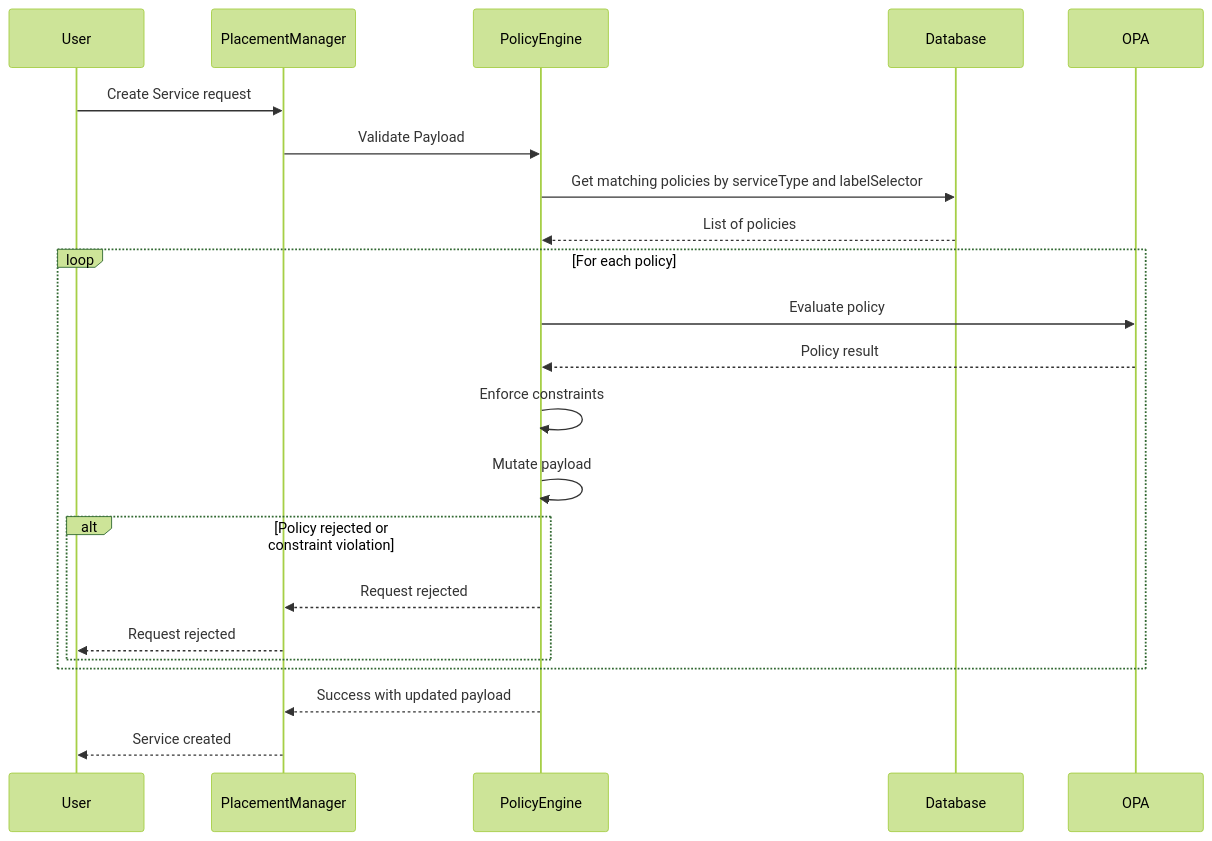
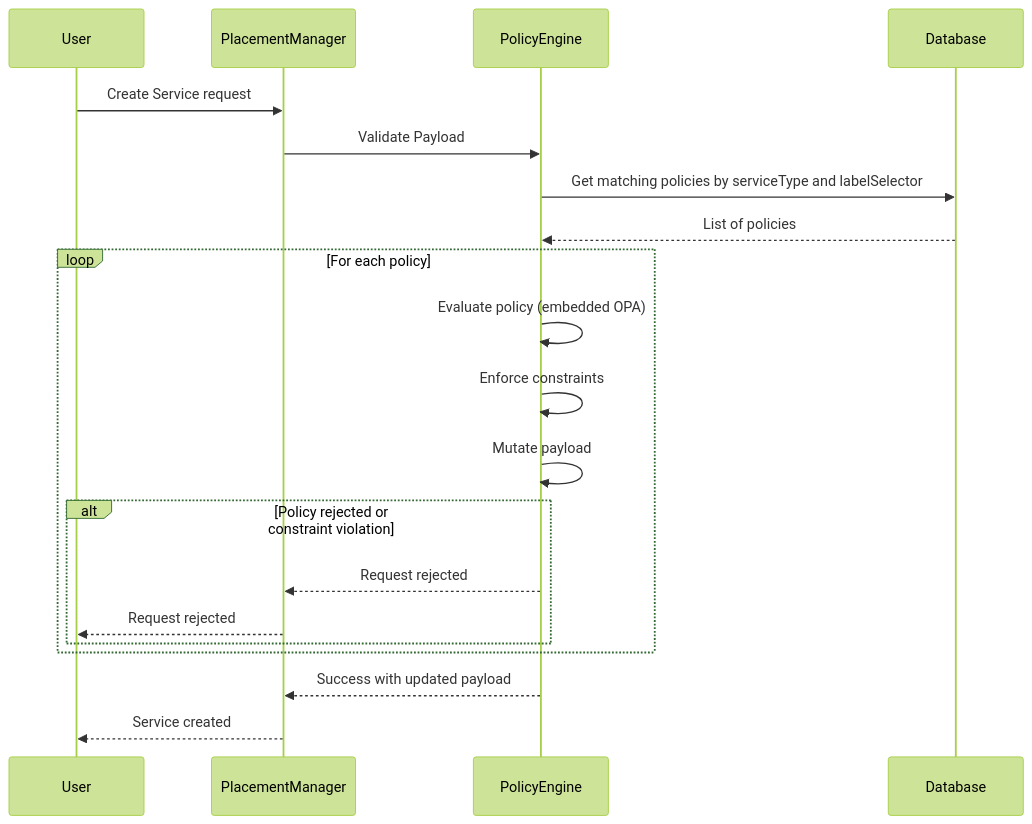
Before and after one commit to dcm-project/enhancements: the second of 2 diagrams in enhancements/policy-engine/policy-engine.md, drawn with Mermaid (forest theme). The commit also changed other lines of this file, not shown here.

First line of the commit message:
docs(policy-engine): update ADR to reflect embedded OPA engine

````diff
--- a/enhancements/policy-engine/policy-engine.md
+++ b/enhancements/policy-engine/policy-engine.md
@@ -251,27 +255,25 @@
 ```mermaid
 sequenceDiagram
     participant User
     participant PlacementManager
     participant PolicyEngine
     participant Database
-    participant OPA
 
     User->>PlacementManager: Create Service request
     PlacementManager->>PolicyEngine: Validate Payload
     PolicyEngine->>Database: Get matching policies by serviceType and labelSelector
     Database-->>PolicyEngine: List of policies
 
     loop For each policy
-        PolicyEngine->>OPA: Evaluate policy
-        OPA-->>PolicyEngine: Policy result
+        PolicyEngine->>PolicyEngine: Evaluate policy (embedded OPA)
         PolicyEngine->>PolicyEngine: Enforce constraints
         PolicyEngine->>PolicyEngine: Mutate payload
         alt Policy rejected or constraint violation
             PolicyEngine-->>PlacementManager: Request rejected
             PlacementManager-->>User: Request rejected
         end
     end
 
     PolicyEngine-->>PlacementManager: Success with updated payload
     PlacementManager-->>User: Service created
 ```
````
